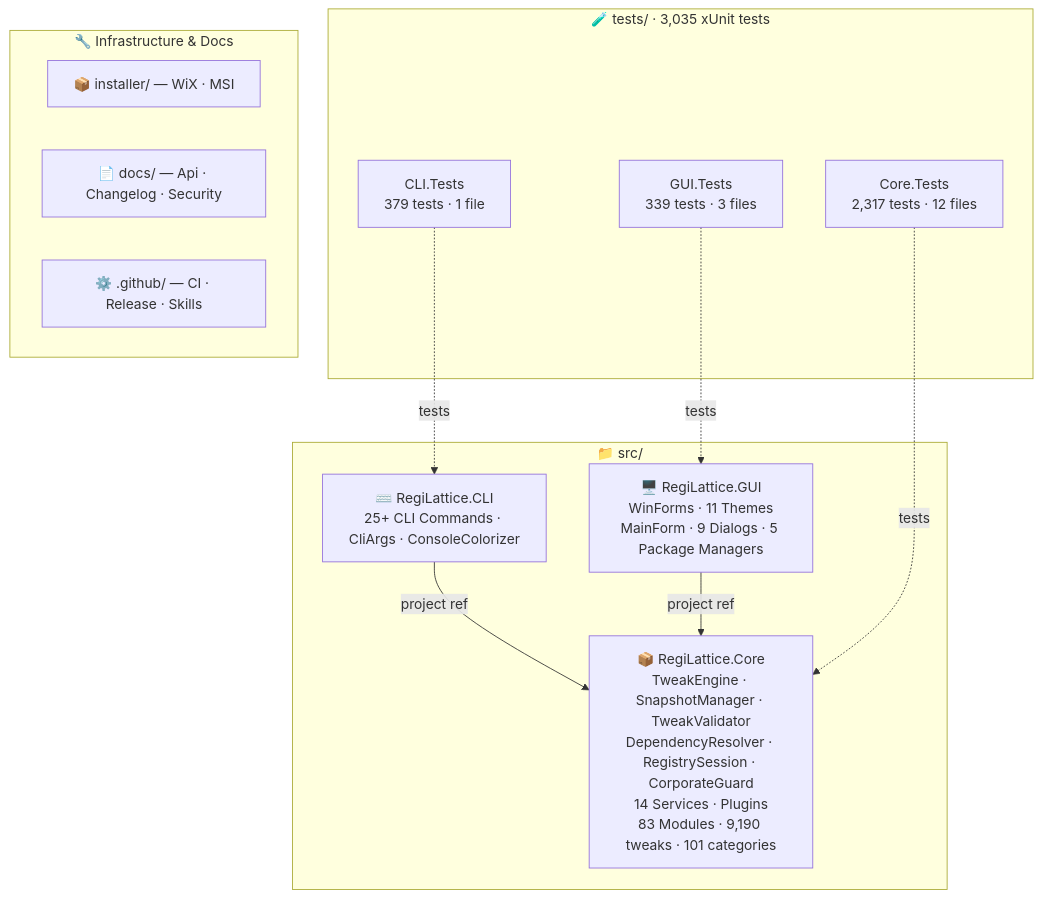
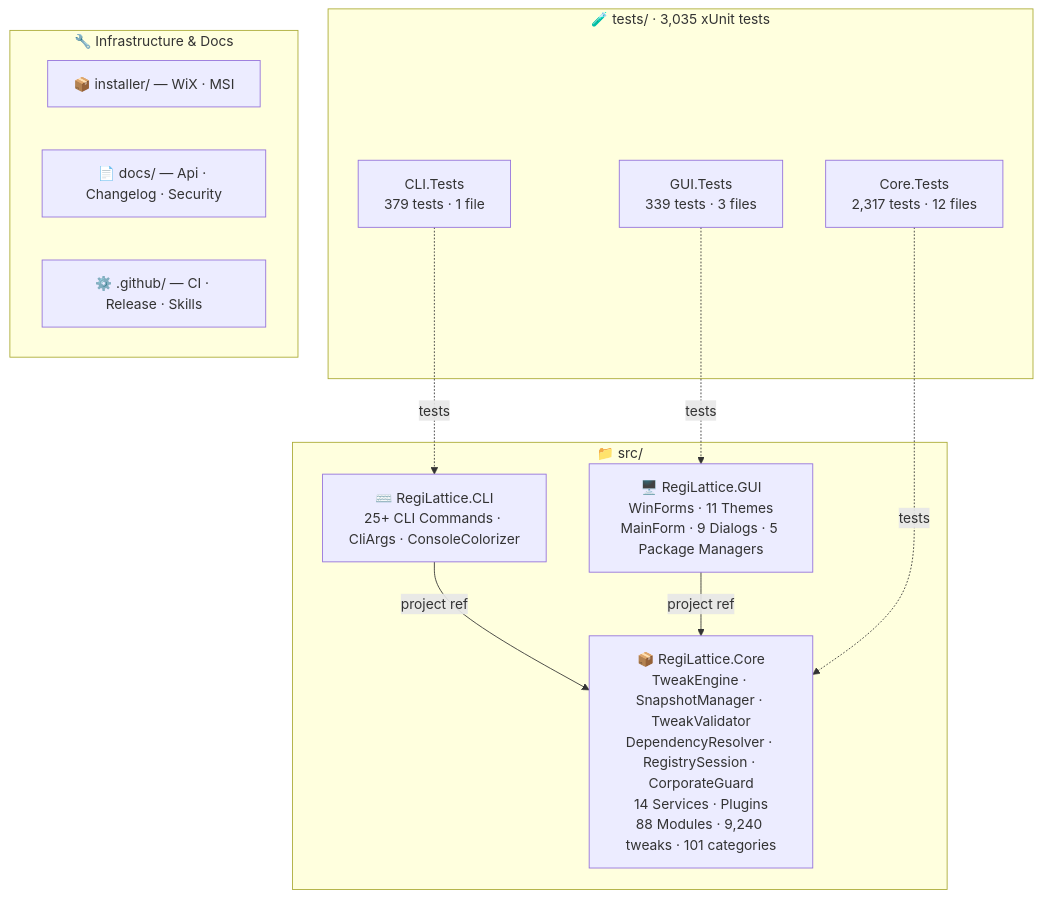
One commit to RajwanYair/RegiLattice changed the second of 2 diagrams in README.md. Above: the diagram before and after it, drawn with Mermaid. The commit also changed other lines of this file and 10 other files, not shown here.

First line of the commit message:
chore(release): bump version to v6.2.0 — 9,240 tweaks, 88 modules, 101 categories

````diff
--- a/README.md
+++ b/README.md
@@ -255,26 +255,26 @@
 ```mermaid
 graph TD
     subgraph SRC["📁 src/"]
-        CORE["📦 RegiLattice.Core<br/>TweakEngine · SnapshotManager · TweakValidator<br/>DependencyResolver · RegistrySession · CorporateGuard<br/>14 Services · Plugins<br/>83 Modules · 9,190 tweaks · 101 categories"]
+        CORE["📦 RegiLattice.Core<br/>TweakEngine · SnapshotManager · TweakValidator<br/>DependencyResolver · RegistrySession · CorporateGuard<br/>14 Services · Plugins<br/>88 Modules · 9,240 tweaks · 101 categories"]
         GUI["🖥️ RegiLattice.GUI<br/>WinForms · 11 Themes<br/>MainForm · 9 Dialogs · 5 Package Managers"]
         CLI["⌨️ RegiLattice.CLI<br/>25+ CLI Commands · CliArgs · ConsoleColorizer"]
     end
 
     subgraph TST["🧪 tests/  ·  3,035 xUnit tests"]
         CT["Core.Tests<br/>2,317 tests · 12 files"]
         CLT["CLI.Tests<br/>379 tests · 1 file"]
         GT["GUI.Tests<br/>339 tests · 3 files"]
     end
 
     subgraph INFRA["🔧 Infrastructure & Docs"]
         INST["📦 installer/ — WiX · MSI"]
         DOCS["📄 docs/ — Api · Changelog · Security"]
         GH["⚙️ .github/ — CI · Release · Skills"]
     end
 
     CLI -->|project ref| CORE
     GUI -->|project ref| CORE
     CT -.->|tests| CORE
     CLT -.->|tests| CLI
     GT -.->|tests| GUI
 ```
````
